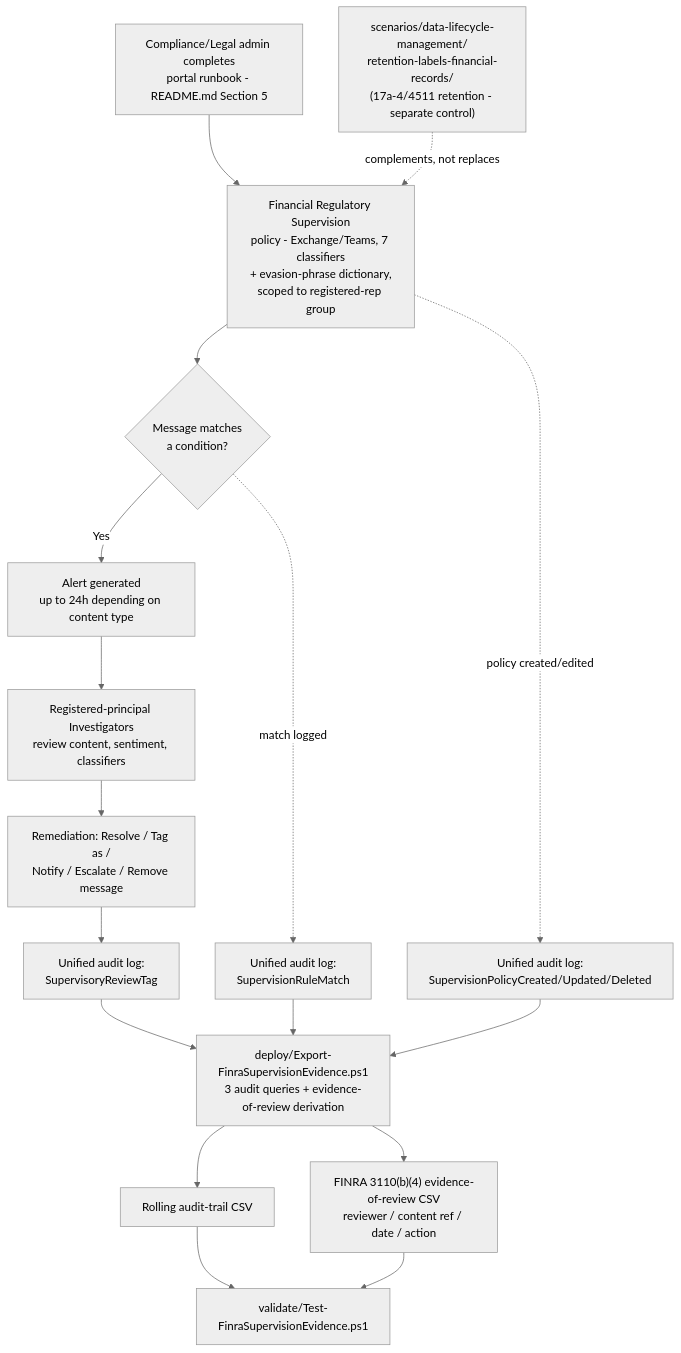
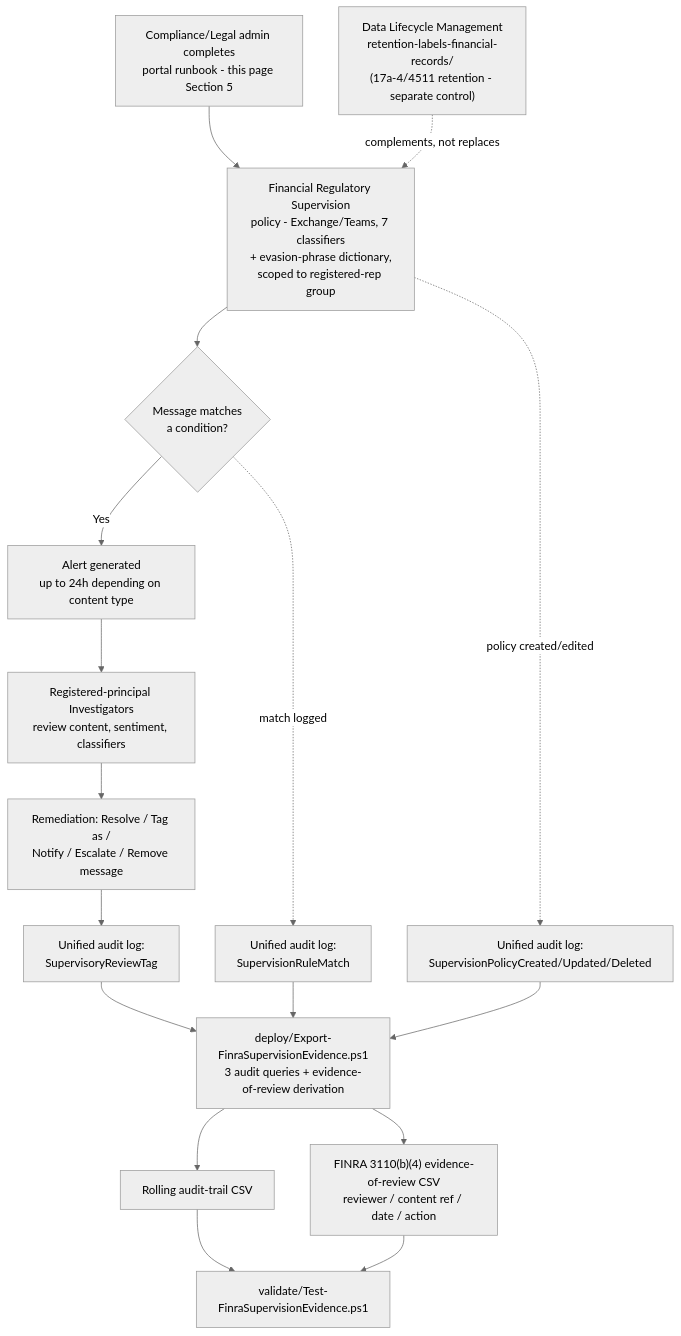
Before and after one commit to kpsec1/kpsec1.github.io: the diagram in src/content/scenarios/communication-compliance/financial-regulatory-supervision.design.md, drawn with Mermaid (neutral theme). The commit also changed 269 other files, not shown here.

````diff
--- a/src/content/scenarios/communication-compliance/financial-regulatory-supervision.design.md
+++ b/src/content/scenarios/communication-compliance/financial-regulatory-supervision.design.md
@@ -218,19 +218,19 @@
 ```mermaid
 flowchart TD
-    A[Compliance/Legal admin completes<br/>portal runbook - README.md Section 5] --> B["Financial Regulatory Supervision<br/>policy - Exchange/Teams, 7 classifiers<br/>+ evasion-phrase dictionary,<br/>scoped to registered-rep group"]
+    A[Compliance/Legal admin completes<br/>portal runbook - this page Section 5] --> B["Financial Regulatory Supervision<br/>policy - Exchange/Teams, 7 classifiers<br/>+ evasion-phrase dictionary,<br/>scoped to registered-rep group"]
     B --> C{Message matches<br/>a condition?}
     C -- Yes --> D[Alert generated<br/>up to 24h depending on content type]
     D --> E["Registered-principal Investigators<br/>review content, sentiment, classifiers"]
     E --> F["Remediation: Resolve / Tag as /<br/>Notify / Escalate / Remove message"]
     F --> G["Unified audit log:<br/>SupervisoryReviewTag"]
     B -.policy created/edited.-> H["Unified audit log:<br/>SupervisionPolicyCreated/Updated/Deleted"]
     C -.match logged.-> I["Unified audit log:<br/>SupervisionRuleMatch"]
     G --> J["deploy/Export-FinraSupervisionEvidence.ps1<br/>3 audit queries + evidence-of-review derivation"]
     H --> J
     I --> J
     J --> K[Rolling audit-trail CSV]
     J --> L["FINRA 3110(b)(4) evidence-of-review CSV<br/>reviewer / content ref / date / action"]
     K --> M[validate/Test-FinraSupervisionEvidence.ps1]
     L --> M
-    N["scenarios/data-lifecycle-management/<br/>retention-labels-financial-records/<br/>(17a-4/4511 retention - separate control)"] -.complements, not replaces.-> B
+    N["Data Lifecycle Management<br/>retention-labels-financial-records/<br/>(17a-4/4511 retention - separate control)"] -.complements, not replaces.-> B
 ```
````
